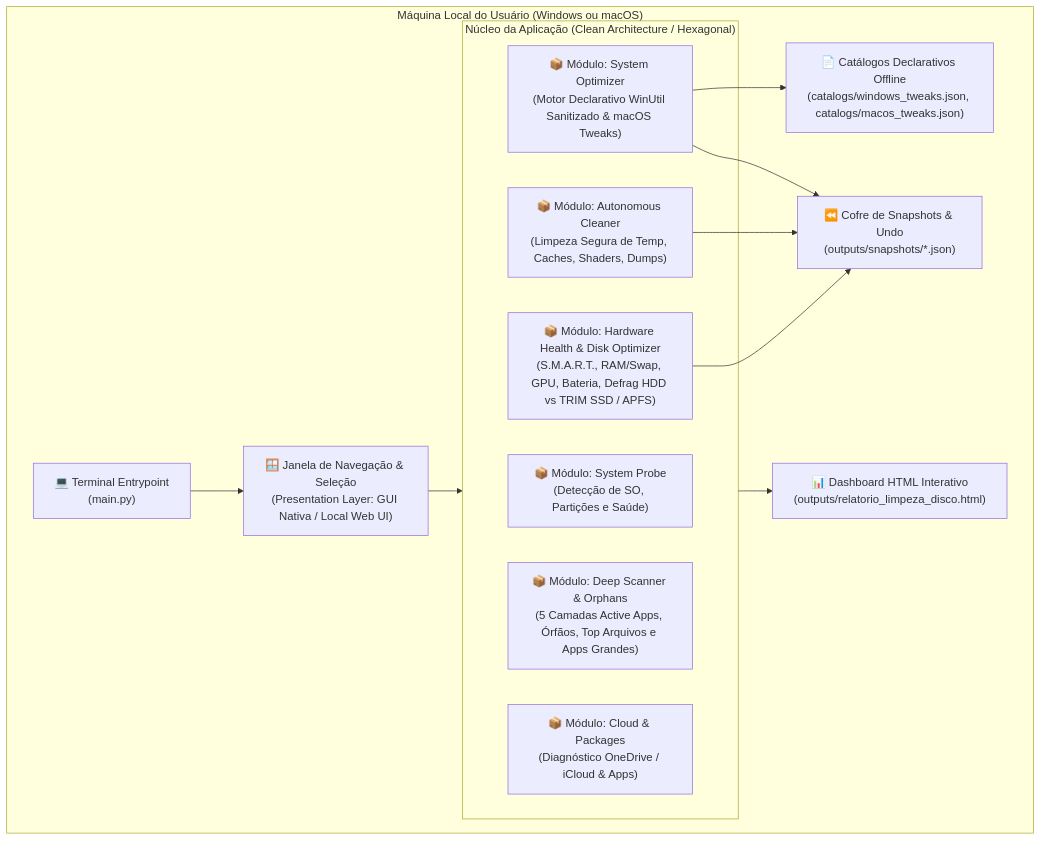
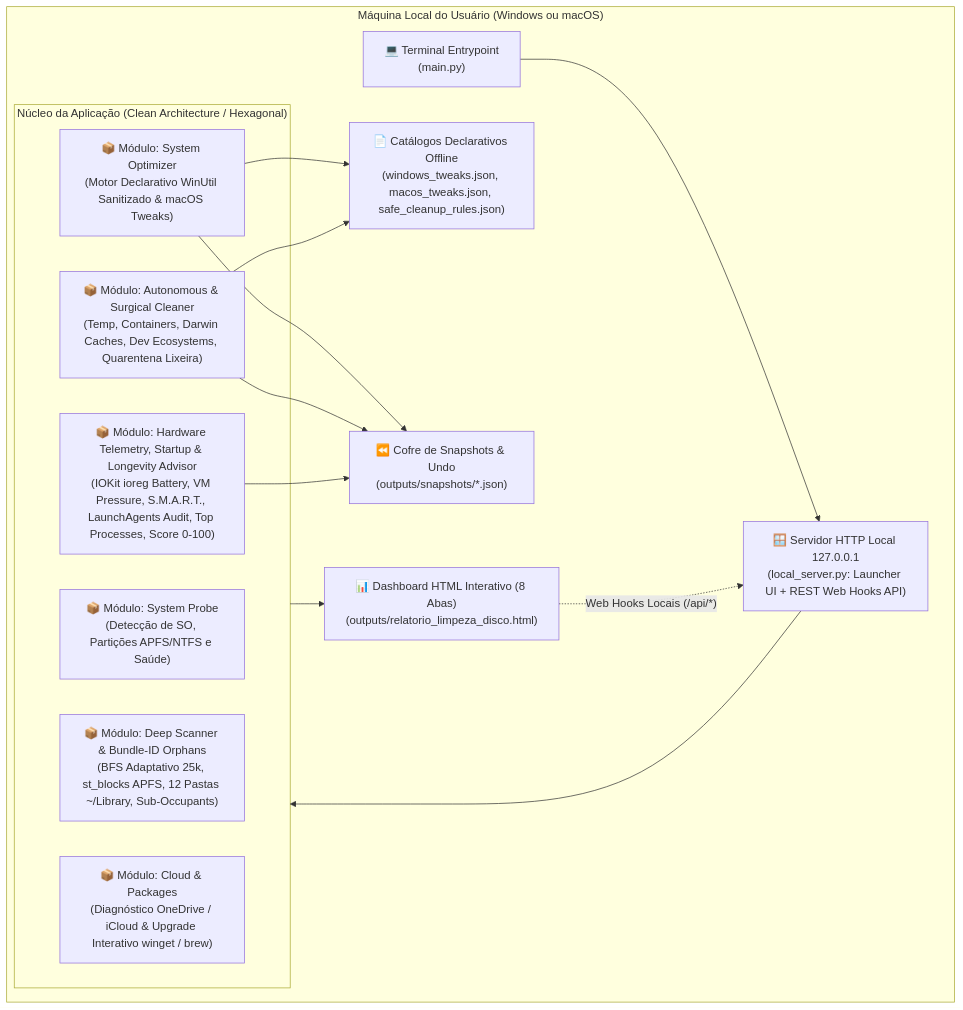
Before and after one commit to abdielcordeiro/limpeza-desktop: the third of 5 diagrams in docs/architecture/01-SYSTEM-DESIGN-C4.md, drawn with Mermaid. The commit also changed other lines of this file and 20 other files, not shown here.

First line of the commit message:
feat(macos): implement deep clean, web hooks, longevity health score and security guardrails

````diff
--- a/docs/architecture/01-SYSTEM-DESIGN-C4.md
+++ b/docs/architecture/01-SYSTEM-DESIGN-C4.md
@@ -64,28 +68,30 @@
 ```mermaid
 flowchart TB
     subgraph Host["Máquina Local do Usuário (Windows ou macOS)"]
         CLI["💻 Terminal Entrypoint<br/>(main.py)"]
-        GUI_Wizard["🪟 Janela de Navegação & Seleção<br/>(Presentation Layer: GUI Nativa / Local Web UI)"]
+        GUI_Server["🪟 Servidor HTTP Local 127.0.0.1<br/>(local_server.py: Launcher UI + REST Web Hooks API)"]
         
         subgraph CoreApp["Núcleo da Aplicação (Clean Architecture / Hexagonal)"]
-            ModProbe["📦 Módulo: System Probe<br/>(Detecção de SO, Partições e Saúde)"]
-            ModCleaner["📦 Módulo: Autonomous Cleaner<br/>(Limpeza Segura de Temp, Caches, Shaders, Dumps)"]
-            ModScanner["📦 Módulo: Deep Scanner & Orphans<br/>(5 Camadas Active Apps, Órfãos, Top Arquivos e Apps Grandes)"]
+            ModProbe["📦 Módulo: System Probe<br/>(Detecção de SO, Partições APFS/NTFS e Saúde)"]
+            ModCleaner["📦 Módulo: Autonomous & Surgical Cleaner<br/>(Temp, Containers, Darwin Caches, Dev Ecosystems, Quarentena Lixeira)"]
+            ModScanner["📦 Módulo: Deep Scanner & Bundle-ID Orphans<br/>(BFS Adaptativo 25k, st_blocks APFS, 12 Pastas ~/Library, Sub-Occupants)"]
             ModOptimizer["📦 Módulo: System Optimizer<br/>(Motor Declarativo WinUtil Sanitizado & macOS Tweaks)"]
-            ModCloud["📦 Módulo: Cloud & Packages<br/>(Diagnóstico OneDrive / iCloud & Apps)"]
-            ModHardware["📦 Módulo: Hardware Health & Disk Optimizer<br/>(S.M.A.R.T., RAM/Swap, GPU, Bateria, Defrag HDD vs TRIM SSD / APFS)"]
+            ModCloud["📦 Módulo: Cloud & Packages<br/>(Diagnóstico OneDrive / iCloud & Upgrade Interativo winget / brew)"]
+            ModHardware["📦 Módulo: Hardware Telemetry, Startup & Longevity Advisor<br/>(IOKit ioreg Battery, VM Pressure, S.M.A.R.T., LaunchAgents Audit, Top Processes, Score 0-100)"]
         end
 
-        Catalogs["📄 Catálogos Declarativos Offline<br/>(catalogs/windows_tweaks.json, catalogs/macos_tweaks.json)"]
+        Catalogs["📄 Catálogos Declarativos Offline<br/>(windows_tweaks.json, macos_tweaks.json, safe_cleanup_rules.json)"]
         Snapshots["⏪ Cofre de Snapshots & Undo<br/>(outputs/snapshots/*.json)"]
-        HTMLReport["📊 Dashboard HTML Interativo<br/>(outputs/relatorio_limpeza_disco.html)"]
+        HTMLReport["📊 Dashboard HTML Interativo (8 Abas)<br/>(outputs/relatorio_limpeza_disco.html)"]
     end
 
-    CLI --> GUI_Wizard
-    GUI_Wizard --> CoreApp
+    CLI --> GUI_Server
+    GUI_Server --> CoreApp
     ModOptimizer --> Catalogs
+    ModCleaner --> Catalogs
     ModOptimizer --> Snapshots
     ModCleaner --> Snapshots
     ModHardware --> Snapshots
     CoreApp --> HTMLReport
+    HTMLReport -.->|"Web Hooks Locais (/api/*)"| GUI_Server
 ```
````
